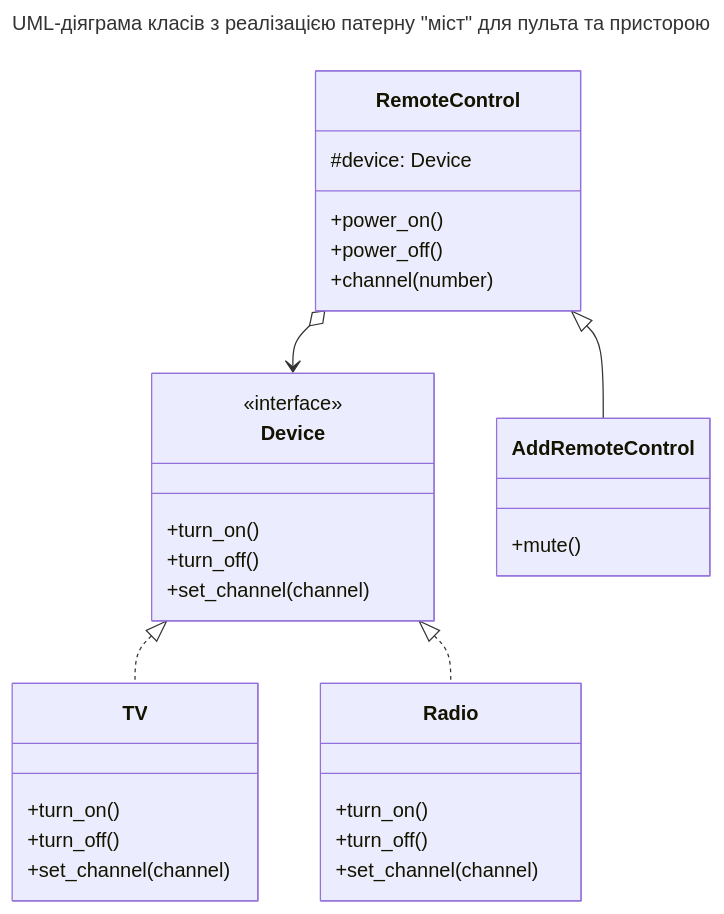
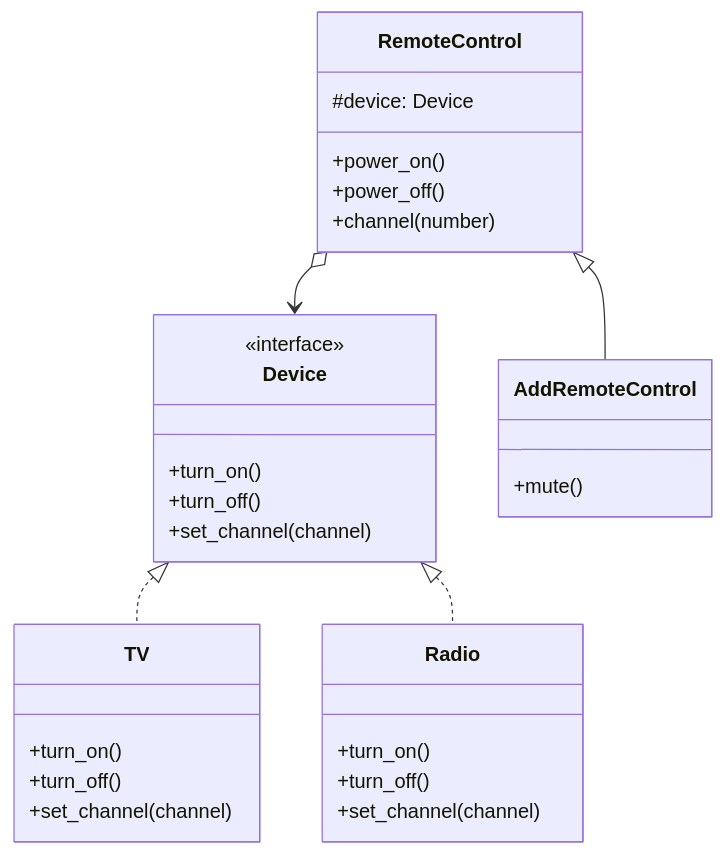
One commit to Anaziiii/top-kh-2026 changed the diagram in danylo-kudla/lab13/lab13.md. Above: the diagram before and after it, drawn with Mermaid. The commit also changed other lines of this file and 1 other file, not shown here.

Commit message:
update UML-diagram

````diff
--- a/danylo-kudla/lab13/lab13.md
+++ b/danylo-kudla/lab13/lab13.md
@@ -30,41 +30,39 @@
 ```mermaid
----
-title: UML-діяграма класів з реалізацією патерну "міст" для пульта та присторою
----
-classDiagram
+classDiagram 
+    direction TB
     class Device {
         <<interface>>
         +turn_on()
         +turn_off()
         +set_channel(channel)
     }
     
     class TV {
         +turn_on()
         +turn_off()
         +set_channel(channel)
     }
     
     class Radio {
         +turn_on()
         +turn_off()
         +set_channel(channel)
     }
     
     class RemoteControl {
         #device: Device
         +power_on()
         +power_off()
         +channel(number)
     }
     
     class AddRemoteControl {
         +mute()
     }
     
     %% Зв'язки
     RemoteControl o--> Device : 
     RemoteControl <|-- AddRemoteControl : 
     Device <|.. TV : 
     Device <|.. Radio : 
 ```
````
